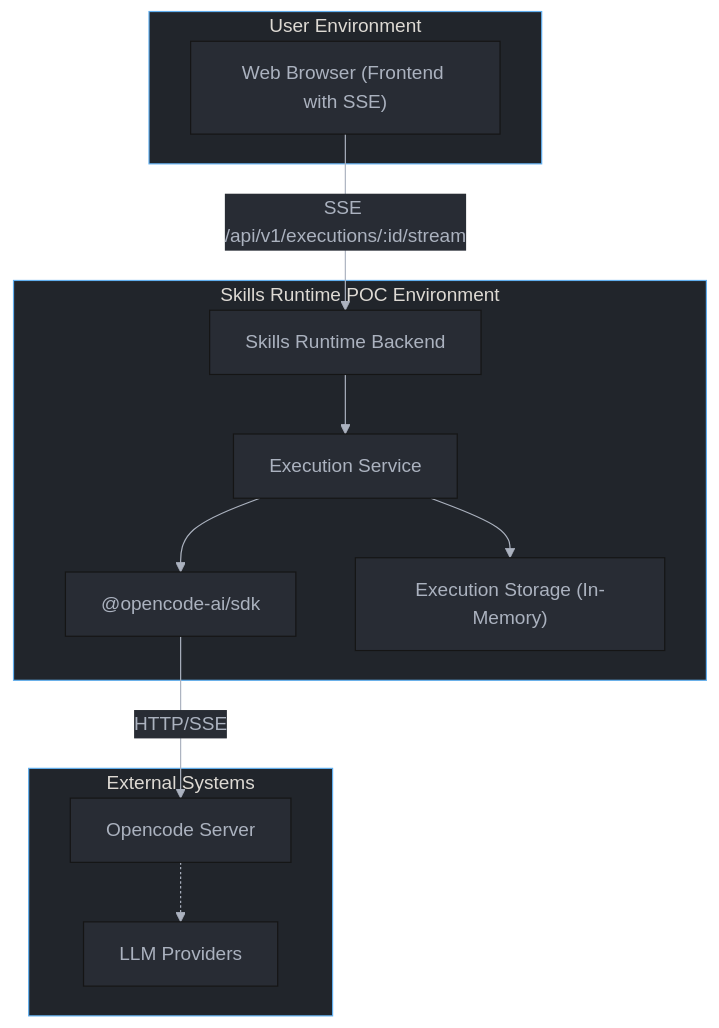
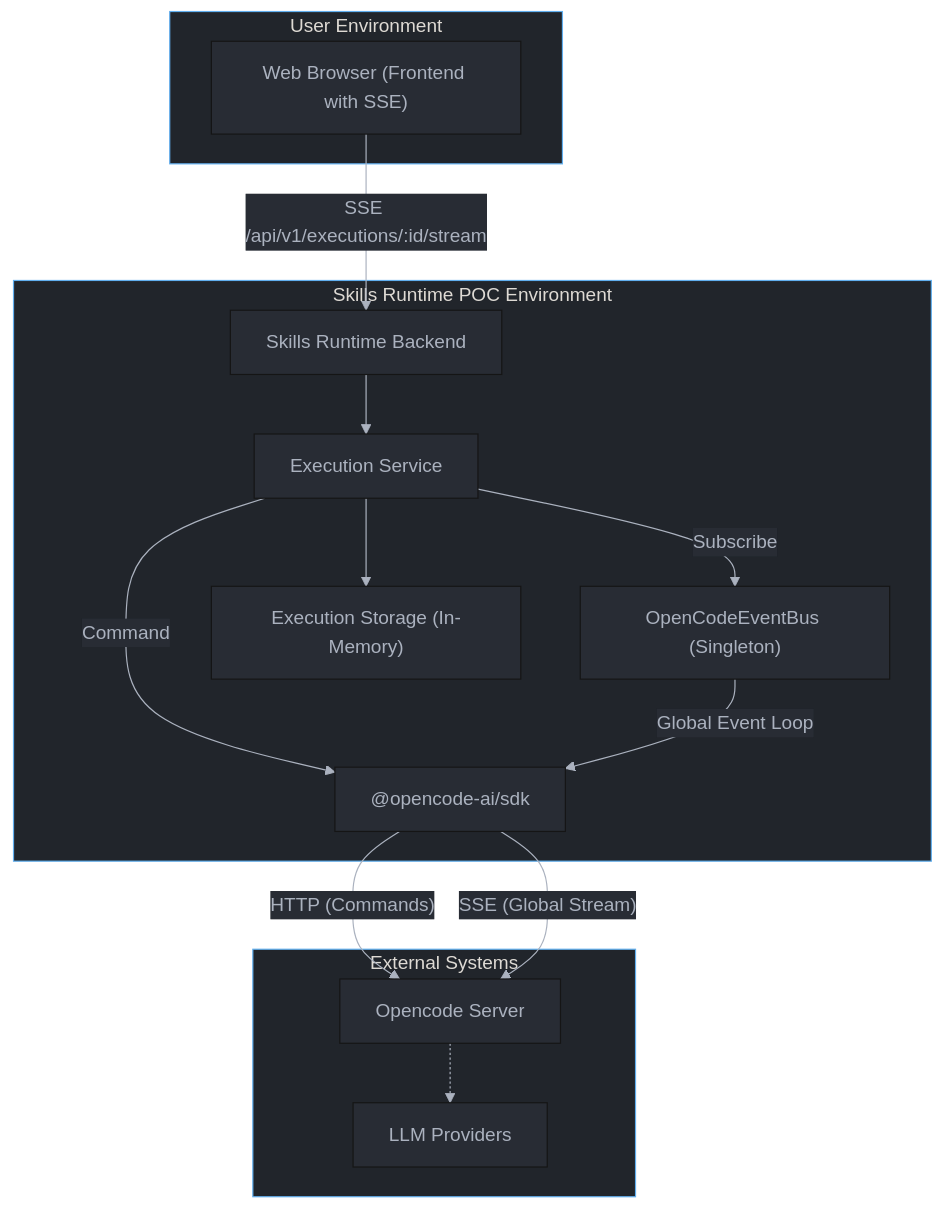
The first of 3 diagrams in docs/project_architecture_analysis.md (lzhshen/claude-skills-runtime-poc), drawn with Mermaid before and after one commit. The commit also changed other lines of this file and 10 other files, not shown here.

````diff
--- a/docs/project_architecture_analysis.md
+++ b/docs/project_architecture_analysis.md
@@ -20,27 +37,31 @@
 ```mermaid
 %%{init: {'theme': 'base', 'themeVariables': { 'primaryColor': '#282c34', 'edgeLabelBackground':'#282c34', 'mainBkg': '#282c34', 'primaryTextColor': '#abb2bf', 'lineColor': '#abb2bf', 'tertiaryColor': '#21252b', 'clusterBkg': '#21252b', 'clusterBorder': '#61afef', 'fontFamily': 'arial'}}}%%
 flowchart TB
     subgraph "User Environment"
         Browser["Web Browser (Frontend with SSE)"]
     end
 
     subgraph "Skills Runtime POC Environment"
         BFF["Skills Runtime Backend"]
         Service["Execution Service"]
+        EventBus["OpenCodeEventBus (Singleton)"]
         SDK["@opencode-ai/sdk"]
         Store["Execution Storage (In-Memory)"]
         
         BFF --> Service
-        Service --> SDK
         Service --> Store
+        Service --"Command"--> SDK
+        Service --"Subscribe"--> EventBus
+        EventBus --"Global Event Loop"--> SDK
     end
 
     subgraph "External Systems"
         Opencode["Opencode Server"]
         LLM["LLM Providers"]
     end
 
     Browser --"SSE /api/v1/executions/:id/stream"--> BFF
-    SDK --"HTTP/SSE"--> Opencode
+    SDK --"HTTP (Commands)"--> Opencode
+    SDK --"SSE (Global Stream)"--> Opencode
     Opencode -.-> LLM
 ```
````
